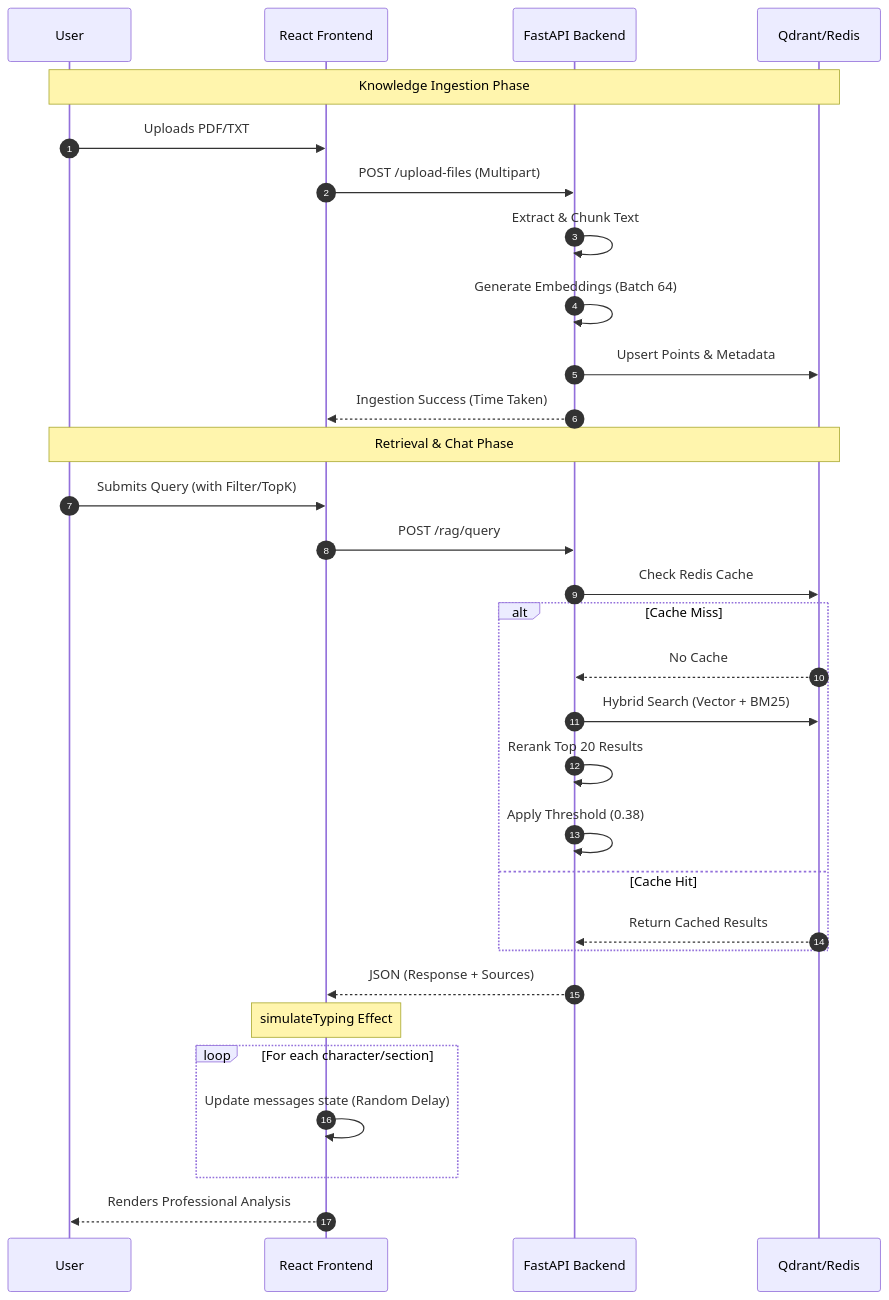
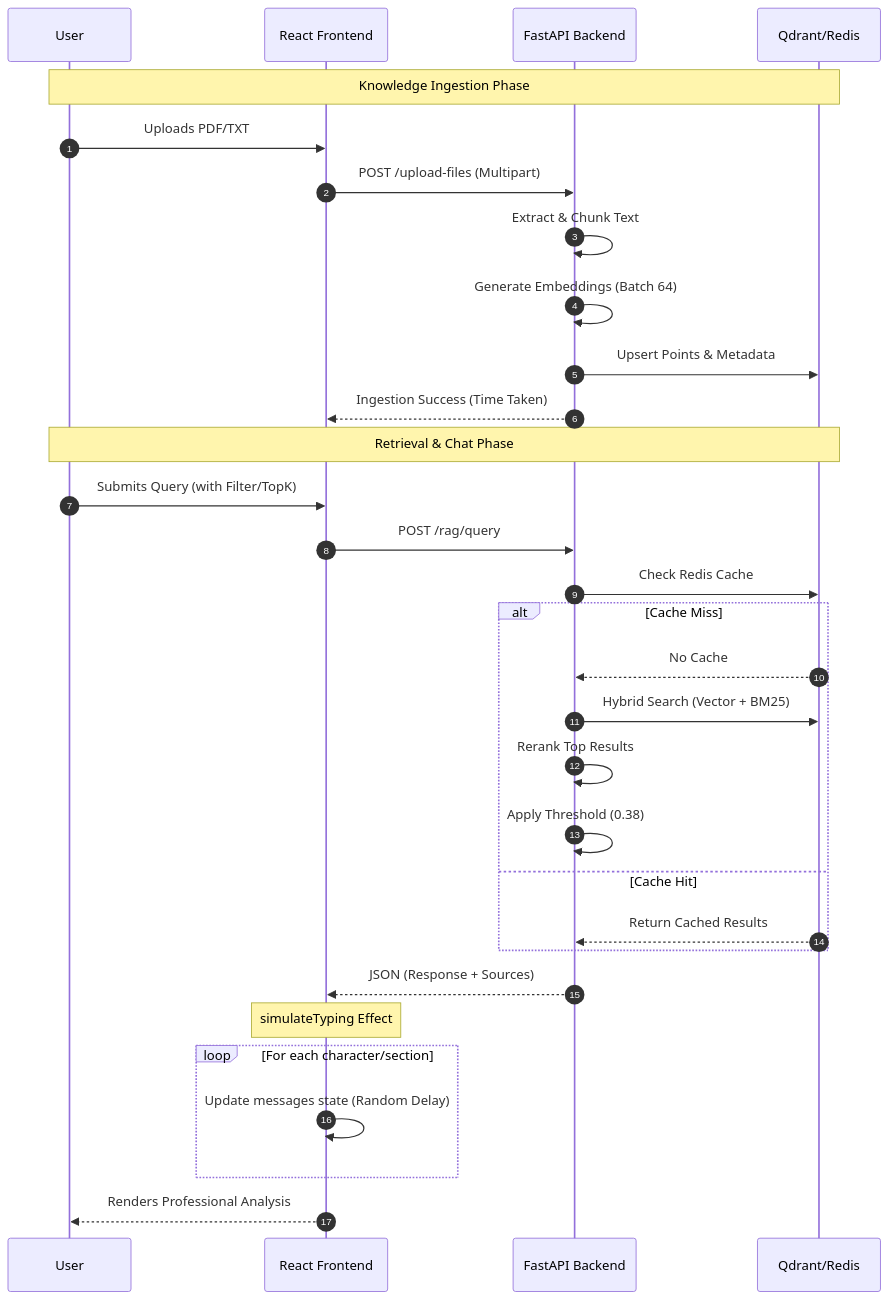
One commit to SHATHISH-07/itl-rag-system changed the third of 3 diagrams in README.md. Above: the diagram before and after it, drawn with Mermaid.

Commit message:
Updated the readme.md in the user flow diagram

````diff
--- a/README.md
+++ b/README.md
@@ -147,36 +147,36 @@
 ```mermaid
 sequenceDiagram
     autonumber
     participant U as User
     participant F as React Frontend
     participant B as FastAPI Backend
     participant D as Qdrant/Redis
 
     Note over U, D: Knowledge Ingestion Phase
     U->>F: Uploads PDF/TXT
     F->>B: POST /upload-files (Multipart)
     B->>B: Extract & Chunk Text
     B->>B: Generate Embeddings (Batch 64)
     B->>D: Upsert Points & Metadata
     B-->>F: Ingestion Success (Time Taken)
 
     Note over U, D: Retrieval & Chat Phase
     U->>F: Submits Query (with Filter/TopK)
     F->>B: POST /rag/query
     B->>D: Check Redis Cache
     alt Cache Miss
         D-->>B: No Cache
         B->>D: Hybrid Search (Vector + BM25)
-        B->>B: Rerank Top 20 Results
+        B->>B: Rerank Top Results
         B->>B: Apply Threshold (0.38)
     else Cache Hit
         D-->>B: Return Cached Results
     end
     B-->>F: JSON (Response + Sources)
     
     Note over F: simulateTyping Effect
     loop For each character/section
         F->>F: Update messages state (Random Delay)
     end
     F-->>U: Renders Professional Analysis
 ```
````
